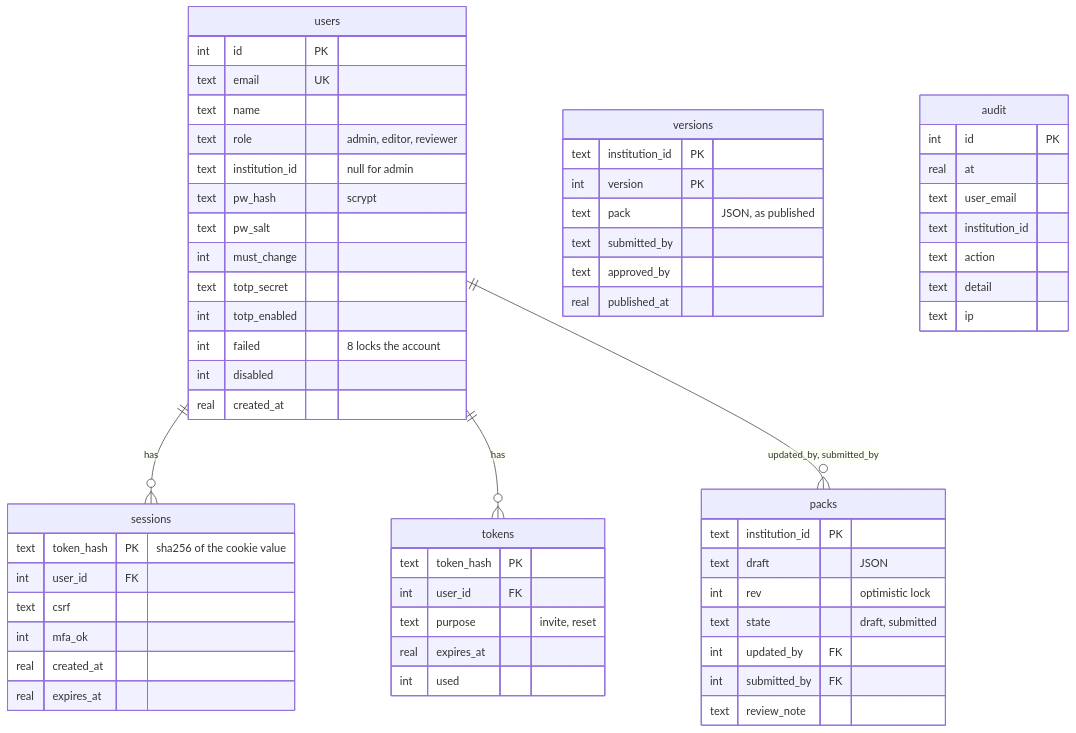
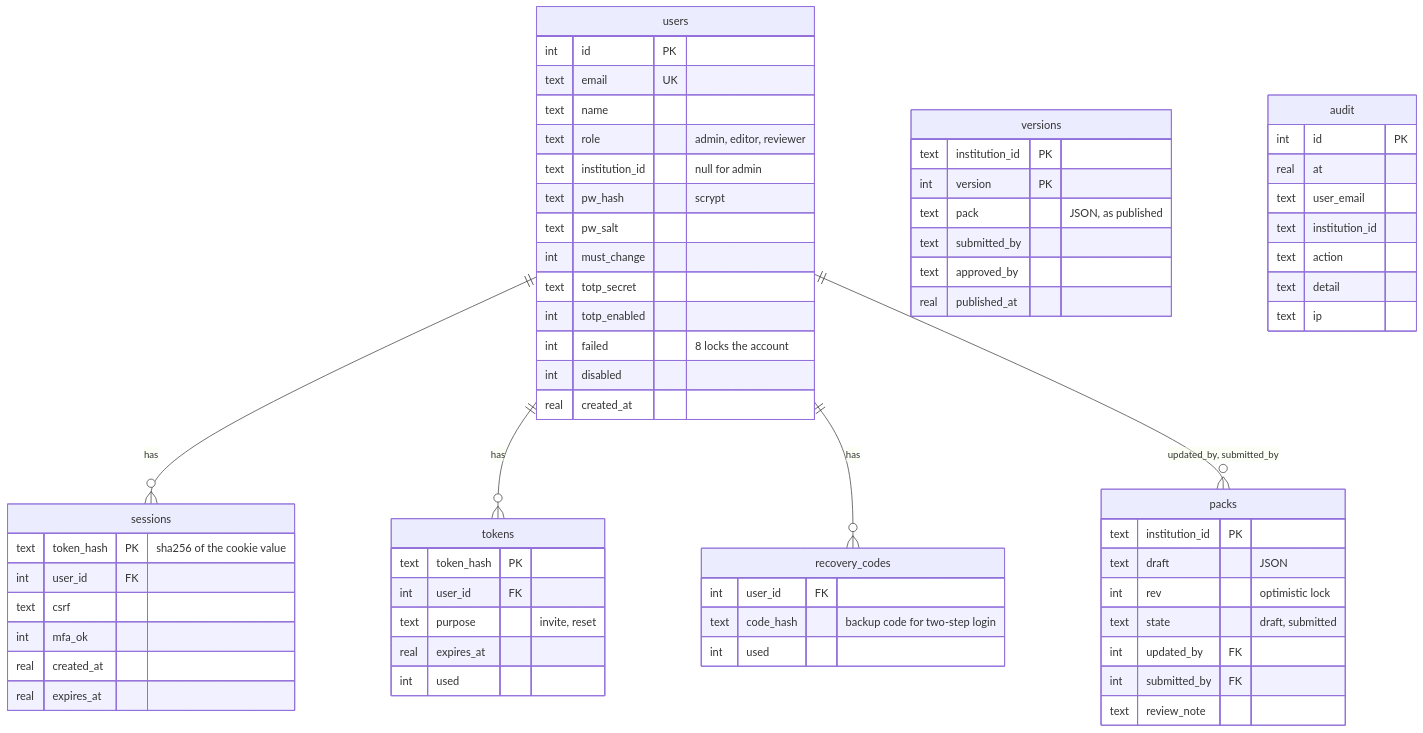
One commit to mutarisi-chibaya/education changed the diagram in docs/data-model.md. Above: the diagram before and after it, drawn with Mermaid. The commit also changed other lines of this file and 59 other files, not shown here.

````diff
--- a/docs/data-model.md
+++ b/docs/data-model.md
@@ -88,63 +88,69 @@
 ```mermaid
 erDiagram
     users ||--o{ sessions : "has"
     users ||--o{ tokens : "has"
+    users ||--o{ recovery_codes : "has"
     users ||--o{ packs : "updated_by, submitted_by"
 
     users {
         int id PK
         text email UK
         text name
         text role "admin, editor, reviewer"
         text institution_id "null for admin"
         text pw_hash "scrypt"
         text pw_salt
         int must_change
         text totp_secret
         int totp_enabled
         int failed "8 locks the account"
         int disabled
         real created_at
     }
     sessions {
         text token_hash PK "sha256 of the cookie value"
         int user_id FK
         text csrf
         int mfa_ok
         real created_at
         real expires_at
     }
     tokens {
         text token_hash PK
         int user_id FK
         text purpose "invite, reset"
         real expires_at
         int used
     }
+    recovery_codes {
+        int user_id FK
+        text code_hash "backup code for two-step login"
+        int used
+    }
     packs {
         text institution_id PK
         text draft "JSON"
         int rev "optimistic lock"
         text state "draft, submitted"
         int updated_by FK
         int submitted_by FK
         text review_note
     }
     versions {
         text institution_id PK
         int version PK
         text pack "JSON, as published"
         text submitted_by
         text approved_by
         real published_at
     }
     audit {
         int id PK
         real at
         text user_email
         text institution_id
         text action
         text detail
         text ip
     }
 ```
````
